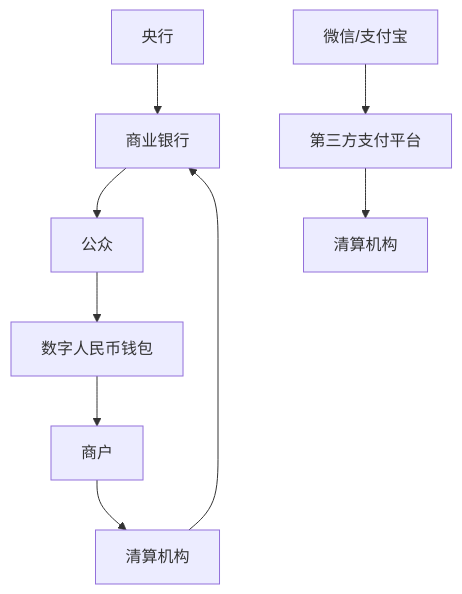
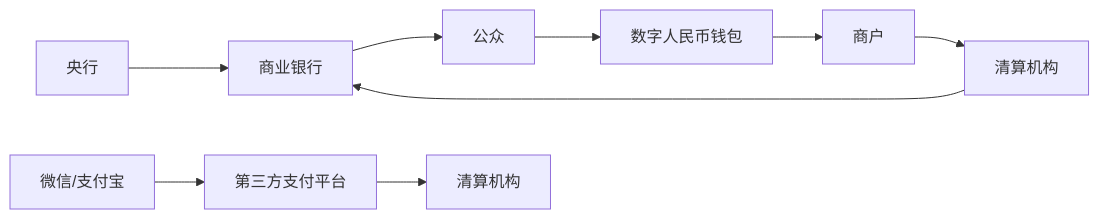
Before and after one commit to jycpp/jycpp.github.io: the diagram in source/_posts/23-11-06.数字人民币一场荒诞的技术骗局.md, drawn with Mermaid. The commit also changed other lines of this file and 1 other file, not shown here.

````diff
--- a/source/_posts/23-11-06.数字人民币一场荒诞的技术骗局.md
+++ b/source/_posts/23-11-06.数字人民币一场荒诞的技术骗局.md
@@ -27,11 +27,11 @@
 ```mermaid
-graph TD
+graph LR
     A[央行] --> B[商业银行]
     B --> C[公众]
     C --> D[数字人民币钱包]
     D --> E[商户]
     E --> F[清算机构]
     F --> B
     G[微信/支付宝] --> H[第三方支付平台]
     H --> I[清算机构]
 ```
````
